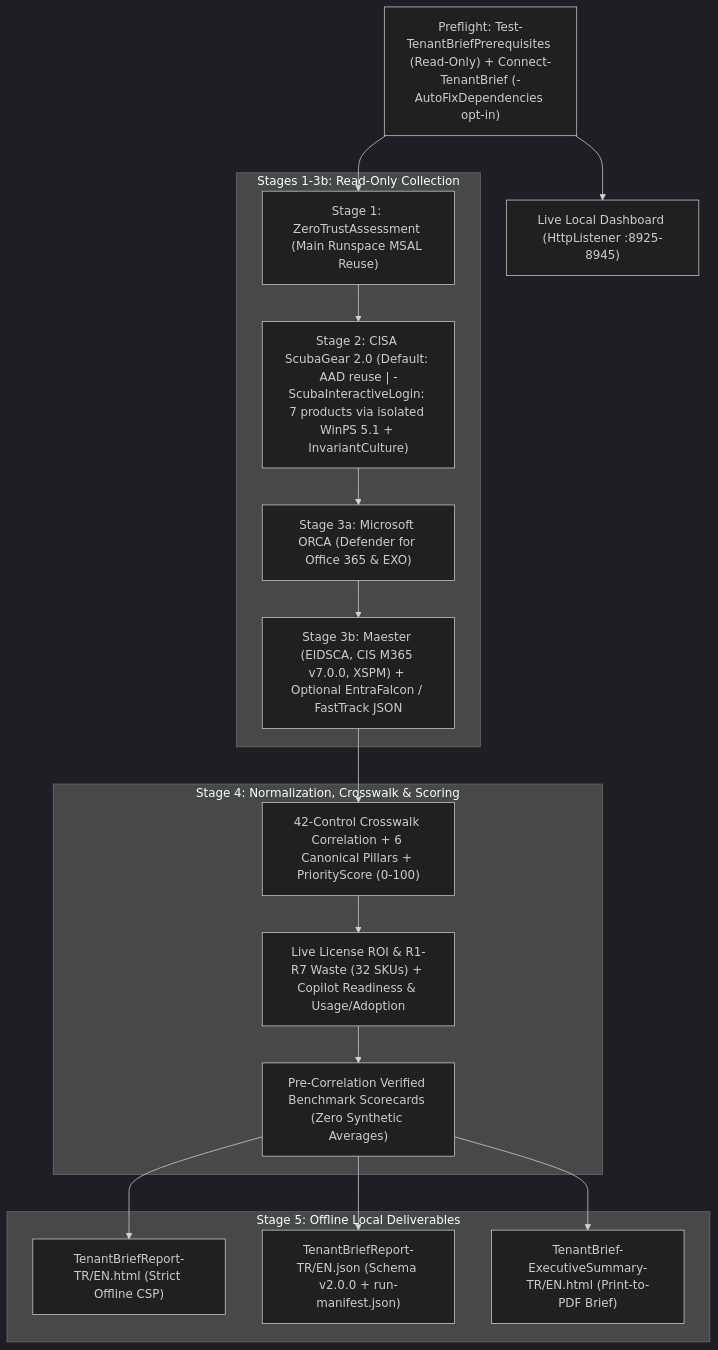
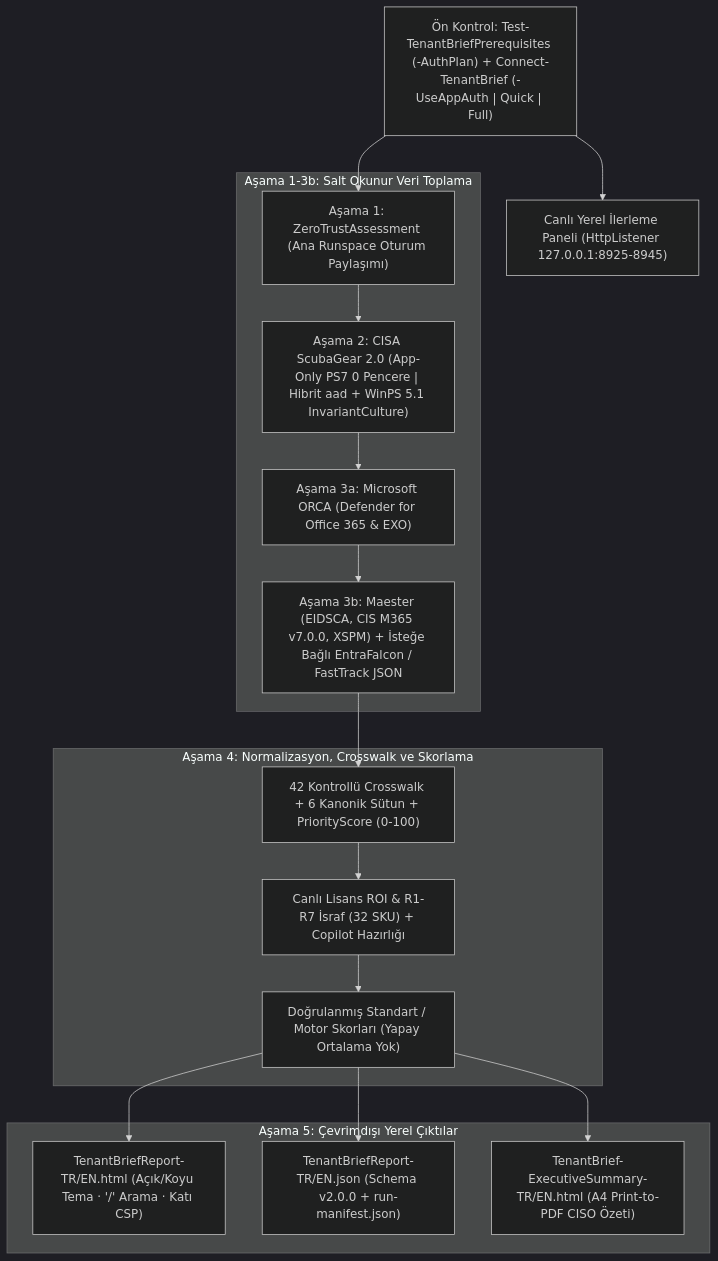
The diagram in README.md (canercetinkaya/TenantBrief), drawn with Mermaid (dark theme) before and after one commit. The commit also changed other lines of this file, not shown here.

First line of the commit message:
docs(readme): Turkish GitHub landing page redesign with zero-popup auth and browser video player link (#29)

````diff
--- a/README.md
+++ b/README.md
@@ -21,30 +92,30 @@
 ```mermaid
 flowchart TB
-    Pre["Preflight: Test-TenantBriefPrerequisites (Read-Only) + Connect-TenantBrief (-AutoFixDependencies opt-in)"]
-    Dash["Live Local Dashboard (HttpListener :8925-8945)"]
+    Pre["Ön Kontrol: Test-TenantBriefPrerequisites (-AuthPlan) + Connect-TenantBrief (-UseAppAuth | Quick | Full)"]
+    Dash["Canlı Yerel İlerleme Paneli (HttpListener 127.0.0.1:8925-8945)"]
 
-    subgraph Engines["Stages 1-3b: Read-Only Collection"]
-        S1["Stage 1: ZeroTrustAssessment (Main Runspace MSAL Reuse)"]
-        S2["Stage 2: CISA ScubaGear 2.0 (Default: AAD reuse | -ScubaInteractiveLogin: 7 products via isolated WinPS 5.1 + InvariantCulture)"]
-        S3["Stage 3a: Microsoft ORCA (Defender for Office 365 & EXO)"]
-        S3B["Stage 3b: Maester (EIDSCA, CIS M365 v7.0.0, XSPM) + Optional EntraFalcon / FastTrack JSON"]
+    subgraph Engines["Aşama 1-3b: Salt Okunur Veri Toplama"]
+        S1["Aşama 1: ZeroTrustAssessment (Ana Runspace Oturum Paylaşımı)"]
+        S2["Aşama 2: CISA ScubaGear 2.0 (App-Only PS7 0 Pencere | Hibrit aad + WinPS 5.1 InvariantCulture)"]
+        S3["Aşama 3a: Microsoft ORCA (Defender for Office 365 & EXO)"]
+        S3B["Aşama 3b: Maester (EIDSCA, CIS M365 v7.0.0, XSPM) + İsteğe Bağlı EntraFalcon / FastTrack JSON"]
     end
 
-    subgraph Stage4["Stage 4: Normalization, Crosswalk & Scoring"]
-        Norm["42-Control Crosswalk Correlation + 6 Canonical Pillars + PriorityScore (0-100)"]
-        ROI["Live License ROI & R1-R7 Waste (32 SKUs) + Copilot Readiness & Usage/Adoption"]
-        Score["Pre-Correlation Verified Benchmark Scorecards (Zero Synthetic Averages)"]
+    subgraph Stage4["Aşama 4: Normalizasyon, Crosswalk ve Skorlama"]
+        Norm["42 Kontrollü Crosswalk + 6 Kanonik Sütun + PriorityScore (0-100)"]
+        ROI["Canlı Lisans ROI & R1-R7 İsraf (32 SKU) + Copilot Hazırlığı"]
+        Score["Doğrulanmış Standart / Motor Skorları (Yapay Ortalama Yok)"]
     end
 
-    subgraph Stage5["Stage 5: Offline Local Deliverables"]
-        HTML["TenantBriefReport-TR/EN.html (Strict Offline CSP)"]
+    subgraph Stage5["Aşama 5: Çevrimdışı Yerel Çıktılar"]
+        HTML["TenantBriefReport-TR/EN.html (Açık/Koyu Tema · '/' Arama · Katı CSP)"]
         JSON["TenantBriefReport-TR/EN.json (Schema v2.0.0 + run-manifest.json)"]
-        PDF["TenantBrief-ExecutiveSummary-TR/EN.html (Print-to-PDF Brief)"]
+        PDF["TenantBrief-ExecutiveSummary-TR/EN.html (A4 Print-to-PDF CISO Özeti)"]
     end
 
     Pre --> Dash
     Pre --> S1 --> S2 --> S3 --> S3B
     S3B --> Norm --> ROI --> Score --> HTML
     Score --> JSON
     Score --> PDF
 ```
````
